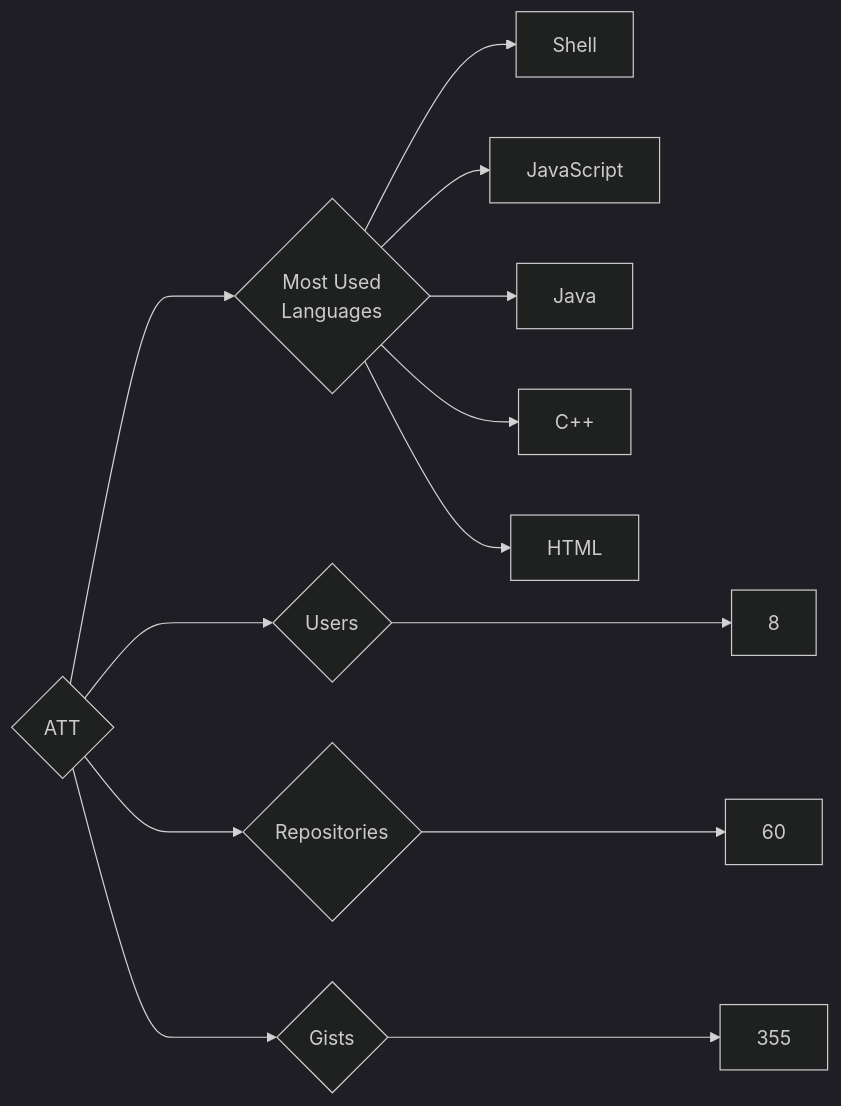
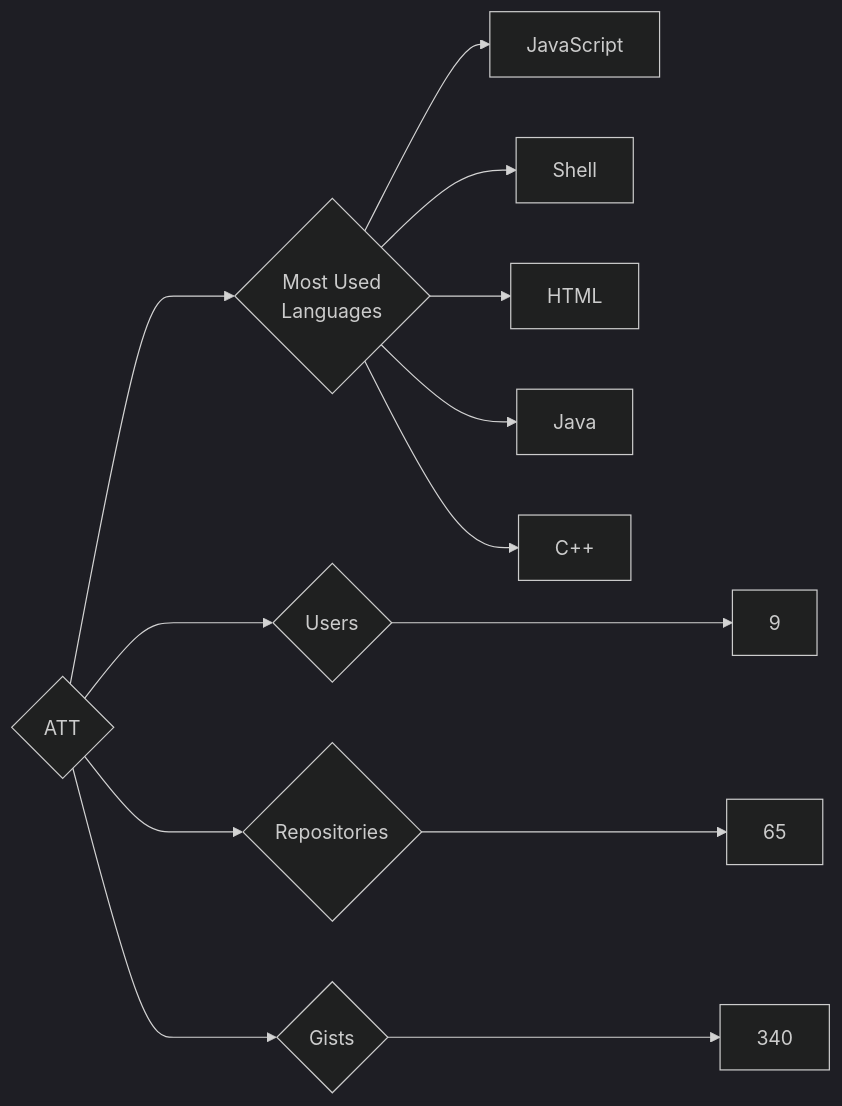
One commit to trickest/insiders changed the diagram in targets/ATT/README.md. Above: the diagram before and after it, drawn with Mermaid (dark theme). The commit also changed 1195 other files, not shown here.

````diff
--- a/targets/ATT/README.md
+++ b/targets/ATT/README.md
@@ -3,13 +3,13 @@
 ```mermaid
 graph LR
 COMPANY_NAME{ATT}
-COMPANY_NAME ---> U{Users} ---> UN[8]
-COMPANY_NAME ---> R{Repositories} ---> RN[60]
-COMPANY_NAME ---> G{Gists} ---> GN[355]
+COMPANY_NAME ---> U{Users} ---> UN[9]
+COMPANY_NAME ---> R{Repositories} ---> RN[65]
+COMPANY_NAME ---> G{Gists} ---> GN[340]
 COMPANY_NAME ---> ML{Most Used<br>Languages}
+ML --> JavaScript[JavaScript]
 ML --> Shell[Shell]
-ML --> JavaScript[JavaScript]
+ML --> HTML[HTML]
 ML --> Java[Java]
 ML --> C++[C++]
-ML --> HTML[HTML]
 ```
````
